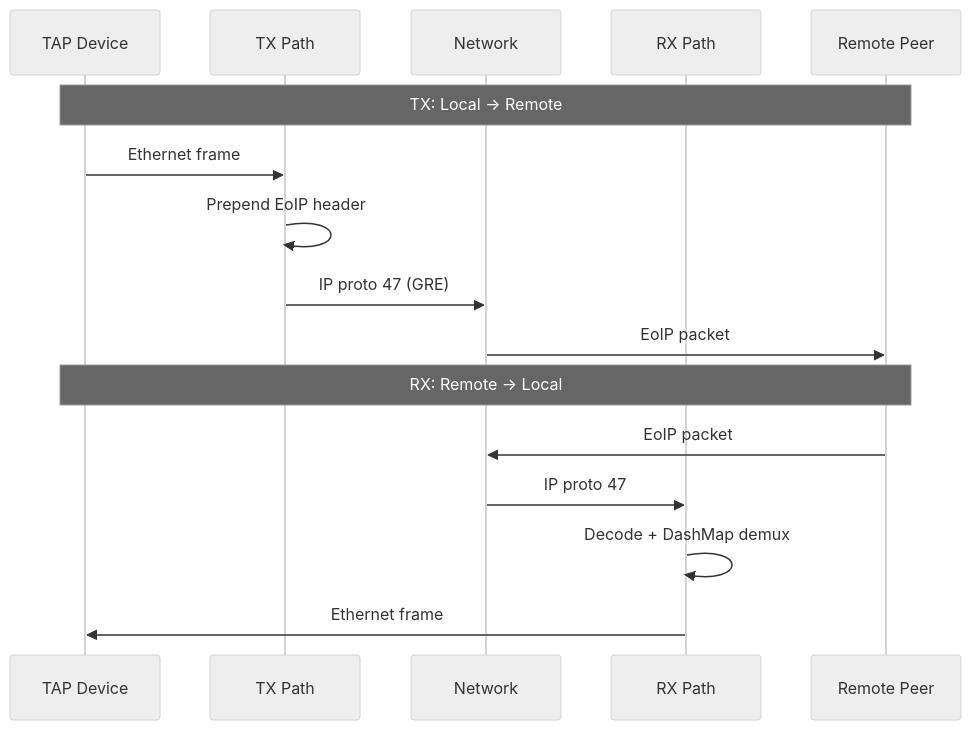
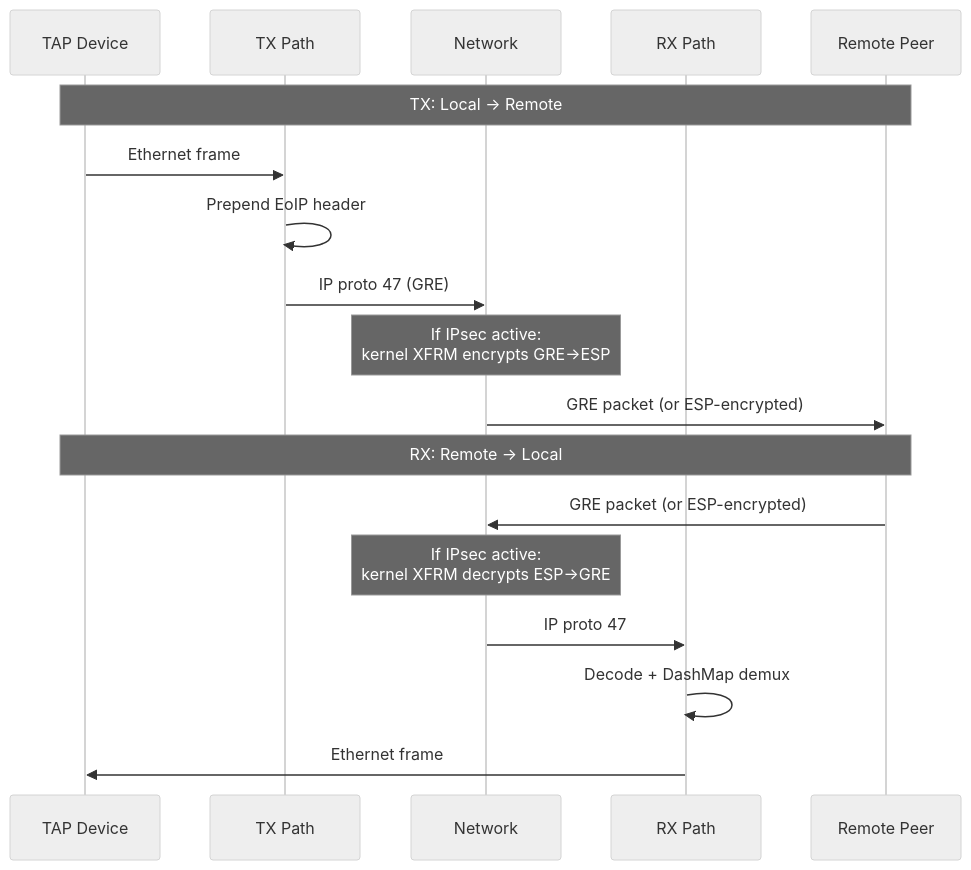
The second of 2 diagrams in README.md (manawenuz/EoIP-rs), drawn with Mermaid (neutral theme) before and after one commit. The commit also changed other lines of this file and 12 other files, not shown here.

````diff
--- a/README.md
+++ b/README.md
@@ -188,20 +197,22 @@
 ```mermaid
 sequenceDiagram
     participant TAP as TAP Device
     participant TX as TX Path
     participant NET as Network
     participant RX as RX Path
     participant PEER as Remote Peer
 
-    Note over TAP,PEER: TX: Local → Remote
+    Note over TAP,PEER: TX: Local -> Remote
     TAP->>TX: Ethernet frame
     TX->>TX: Prepend EoIP header
     TX->>NET: IP proto 47 (GRE)
-    NET->>PEER: EoIP packet
+    Note over NET: If IPsec active:<br/>kernel XFRM encrypts GRE->ESP
+    NET->>PEER: GRE packet (or ESP-encrypted)
 
-    Note over TAP,PEER: RX: Remote → Local
-    PEER->>NET: EoIP packet
+    Note over TAP,PEER: RX: Remote -> Local
+    PEER->>NET: GRE packet (or ESP-encrypted)
+    Note over NET: If IPsec active:<br/>kernel XFRM decrypts ESP->GRE
     NET->>RX: IP proto 47
     RX->>RX: Decode + DashMap demux
     RX->>TAP: Ethernet frame
 ```
````
